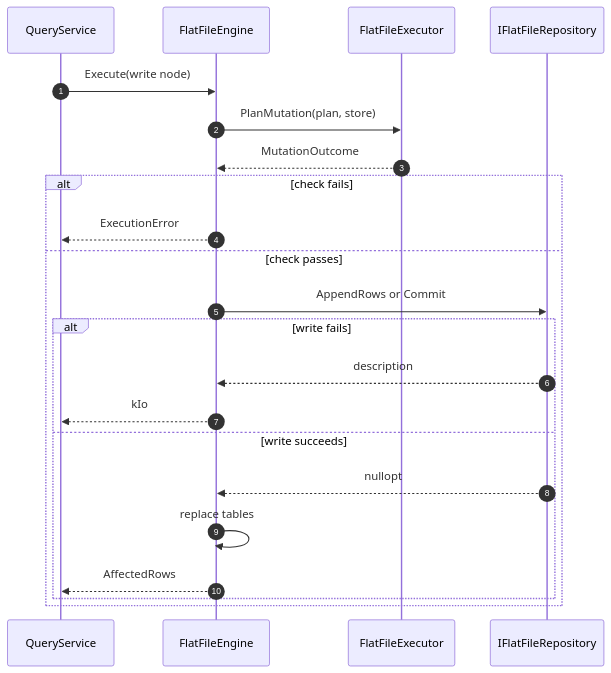
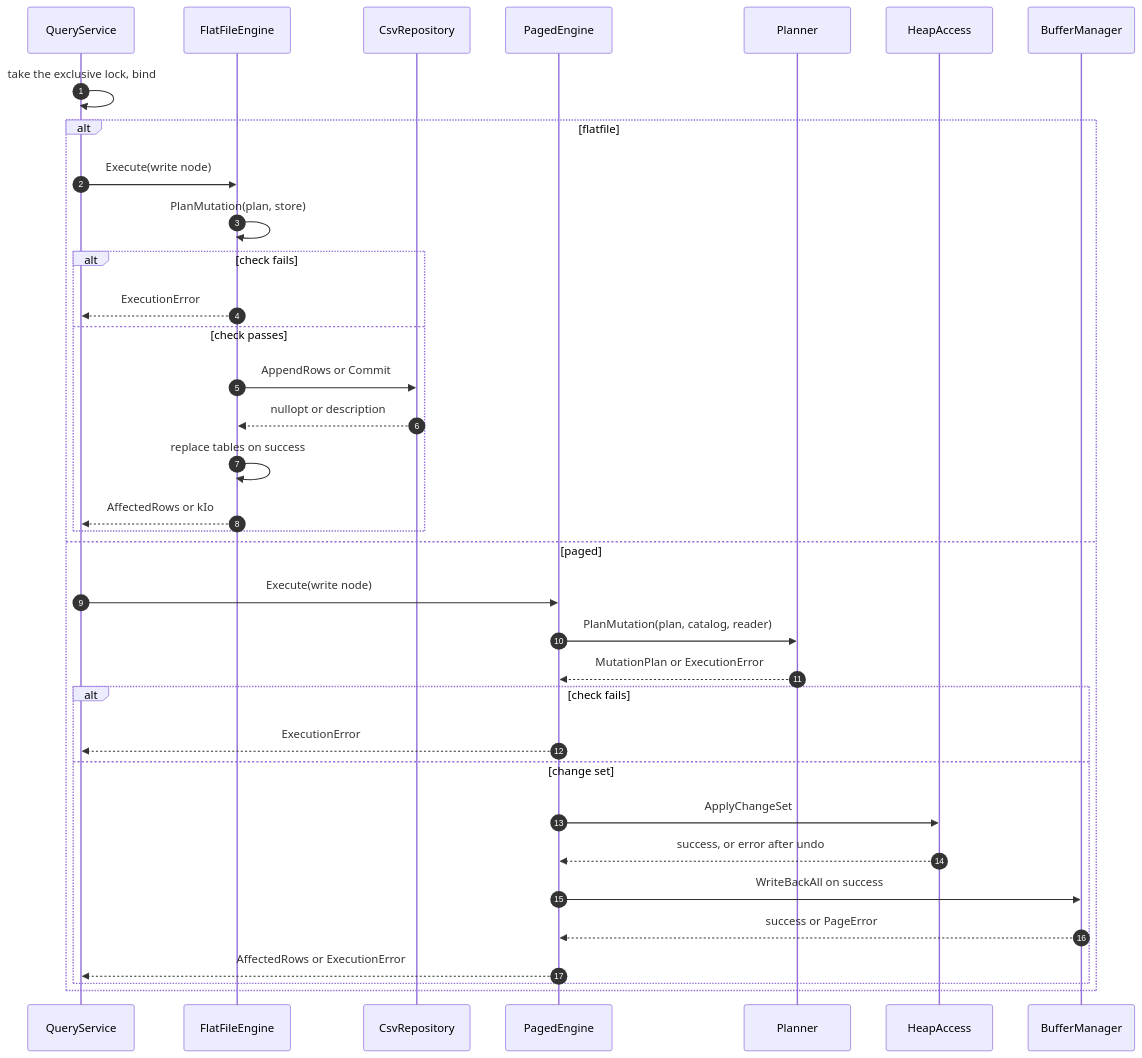
One commit to daniel-gs-93/flatfiledb changed the eighth of 11 diagrams in docs/DesignDocument.md. Above: the diagram before and after it, drawn with Mermaid. The commit also changed other lines of this file and 76 other files, not shown here.

Commit message:
fix: correct flatfile and paged defects and reorganize the docs

````diff
--- a/docs/DesignDocument.md
+++ b/docs/DesignDocument.md
@@ -532,24 +534,37 @@
 ```mermaid
 sequenceDiagram
     autonumber
     participant QueryService
     participant FlatFileEngine
-    participant FlatFileExecutor
-    participant IFlatFileRepository
-    QueryService->>FlatFileEngine: Execute(write node)
-    FlatFileEngine->>FlatFileExecutor: PlanMutation(plan, store)
-    FlatFileExecutor-->>FlatFileEngine: MutationOutcome
-    alt check fails
-        FlatFileEngine-->>QueryService: ExecutionError
-    else check passes
-        FlatFileEngine->>IFlatFileRepository: AppendRows or Commit
-        alt write fails
-            IFlatFileRepository-->>FlatFileEngine: description
-            FlatFileEngine-->>QueryService: kIo
-        else write succeeds
-            IFlatFileRepository-->>FlatFileEngine: nullopt
-            FlatFileEngine->>FlatFileEngine: replace tables
-            FlatFileEngine-->>QueryService: AffectedRows
+    participant CsvRepository
+    participant PagedEngine
+    participant Planner
+    participant HeapAccess
+    participant BufferManager
+    QueryService->>QueryService: take the exclusive lock, bind
+    alt flatfile
+        QueryService->>FlatFileEngine: Execute(write node)
+        FlatFileEngine->>FlatFileEngine: PlanMutation(plan, store)
+        alt check fails
+            FlatFileEngine-->>QueryService: ExecutionError
+        else check passes
+            FlatFileEngine->>CsvRepository: AppendRows or Commit
+            CsvRepository-->>FlatFileEngine: nullopt or description
+            FlatFileEngine->>FlatFileEngine: replace tables on success
+            FlatFileEngine-->>QueryService: AffectedRows or kIo
+        end
+    else paged
+        QueryService->>PagedEngine: Execute(write node)
+        PagedEngine->>Planner: PlanMutation(plan, catalog, reader)
+        Planner-->>PagedEngine: MutationPlan or ExecutionError
+        alt check fails
+            PagedEngine-->>QueryService: ExecutionError
+        else change set
+            PagedEngine->>HeapAccess: ApplyChangeSet
+            HeapAccess-->>PagedEngine: success, or error after undo
+            PagedEngine->>BufferManager: WriteBackAll on success
+            BufferManager-->>PagedEngine: success or PageError
+            PagedEngine-->>QueryService: AffectedRows or ExecutionError
         end
     end
 ```
````
